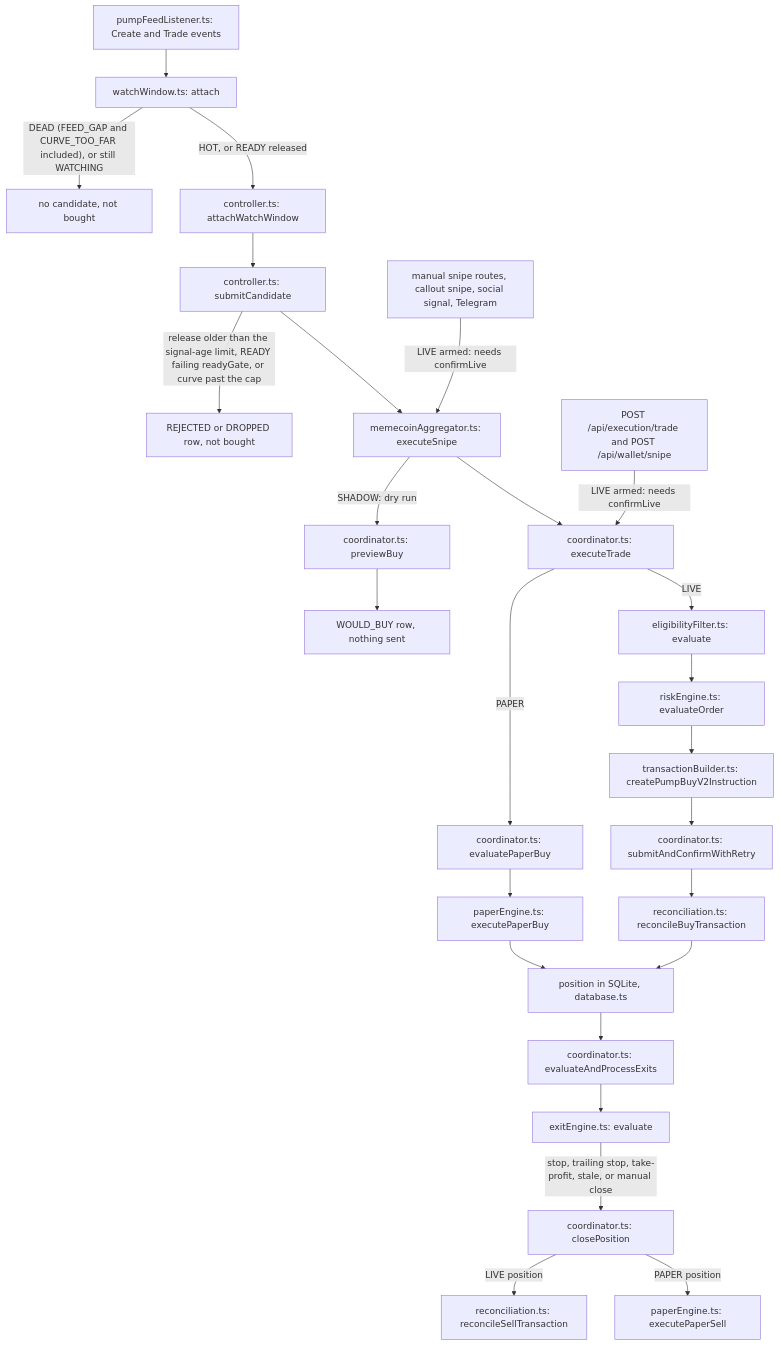
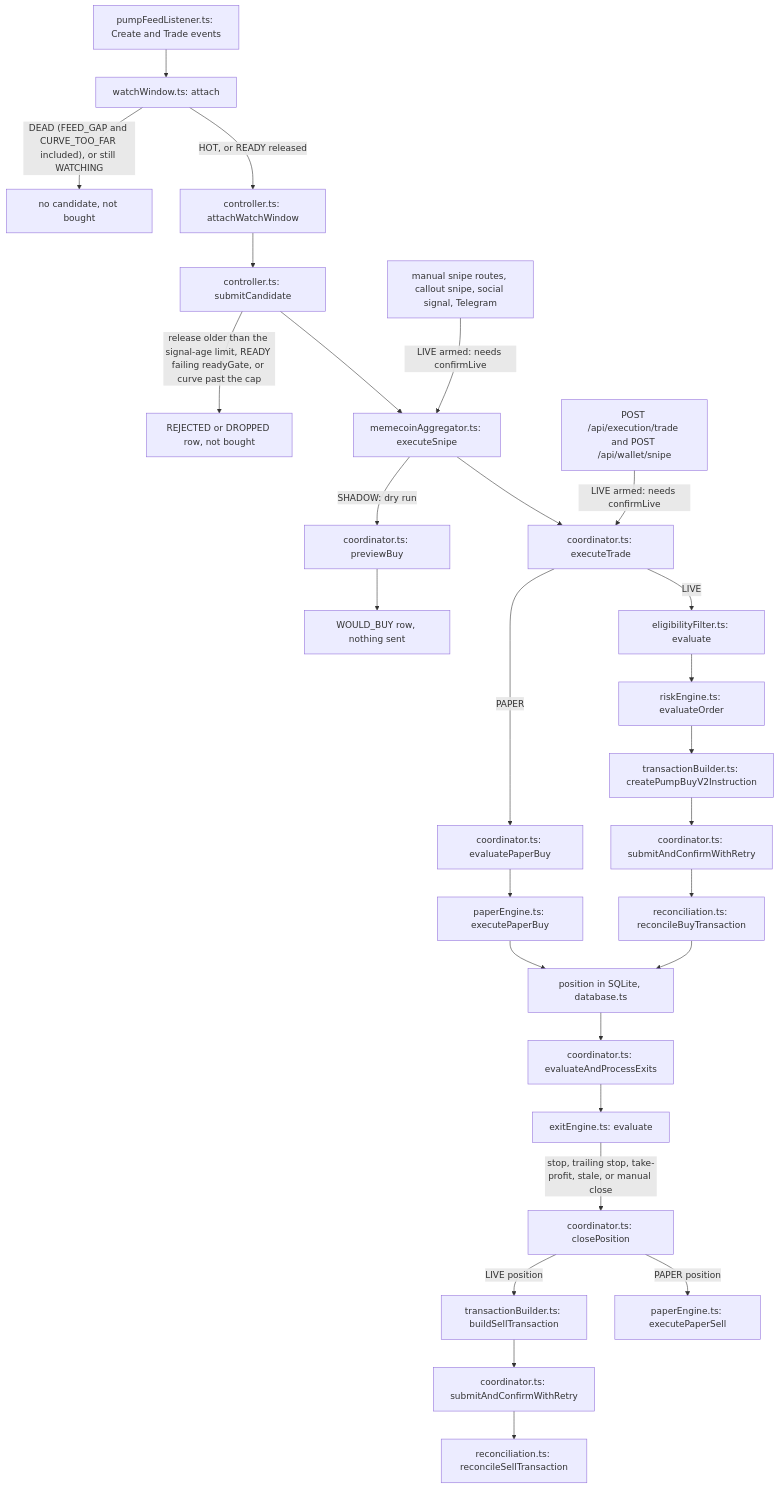
The first of 3 diagrams in docs/ARCHITECTURE.md (ttcdm/hft), drawn with Mermaid before and after one commit. The commit also changed other lines of this file and 1 other file, not shown here.

First line of the commit message:
3J: ARCHITECTURE shows the send path in code order and the Stage 3 gates

````diff
--- a/docs/ARCHITECTURE.md
+++ b/docs/ARCHITECTURE.md
@@ -40,28 +40,30 @@
 ```mermaid
 flowchart TD
   feed["pumpFeedListener.ts: Create and Trade events"] --> ww["watchWindow.ts: attach"]
   ww -->|"DEAD (FEED_GAP and CURVE_TOO_FAR included), or still WATCHING"| dropped["no candidate, not bought"]
   ww -->|"HOT, or READY released"| att["controller.ts: attachWatchWindow"]
   att --> sub["controller.ts: submitCandidate"]
   sub -->|"release older than the signal-age limit, READY failing readyGate, or curve past the cap"| refused["REJECTED or DROPPED row, not bought"]
   sub --> snipe["memecoinAggregator.ts: executeSnipe"]
   manual["manual snipe routes, callout snipe, social signal, Telegram"] -->|"LIVE armed: needs confirmLive"| snipe
   snipe -->|"SHADOW: dry run"| prev["coordinator.ts: previewBuy"]
   prev --> would["WOULD_BUY row, nothing sent"]
   snipe --> exec["coordinator.ts: executeTrade"]
   direct["POST /api/execution/trade and POST /api/wallet/snipe"] -->|"LIVE armed: needs confirmLive"| exec
   exec -->|"PAPER"| pgate["coordinator.ts: evaluatePaperBuy"]
   pgate --> pfill["paperEngine.ts: executePaperBuy"]
   exec -->|"LIVE"| elig["eligibilityFilter.ts: evaluate"]
   elig --> risk["riskEngine.ts: evaluateOrder"]
   risk --> build["transactionBuilder.ts: createPumpBuyV2Instruction"]
   build --> send["coordinator.ts: submitAndConfirmWithRetry"]
   send --> recon["reconciliation.ts: reconcileBuyTransaction"]
   pfill --> pos["position in SQLite, database.ts"]
   recon --> pos
   pos --> exits["coordinator.ts: evaluateAndProcessExits"]
   exits --> rule["exitEngine.ts: evaluate"]
   rule -->|"stop, trailing stop, take-profit, stale, or manual close"| close["coordinator.ts: closePosition"]
-  close -->|"LIVE position"| sell["reconciliation.ts: reconcileSellTransaction"]
+  close -->|"LIVE position"| sbuild["transactionBuilder.ts: buildSellTransaction"]
+  sbuild --> ssend["coordinator.ts: submitAndConfirmWithRetry"]
+  ssend --> sell["reconciliation.ts: reconcileSellTransaction"]
   close -->|"PAPER position"| psell["paperEngine.ts: executePaperSell"]
 ```
````
